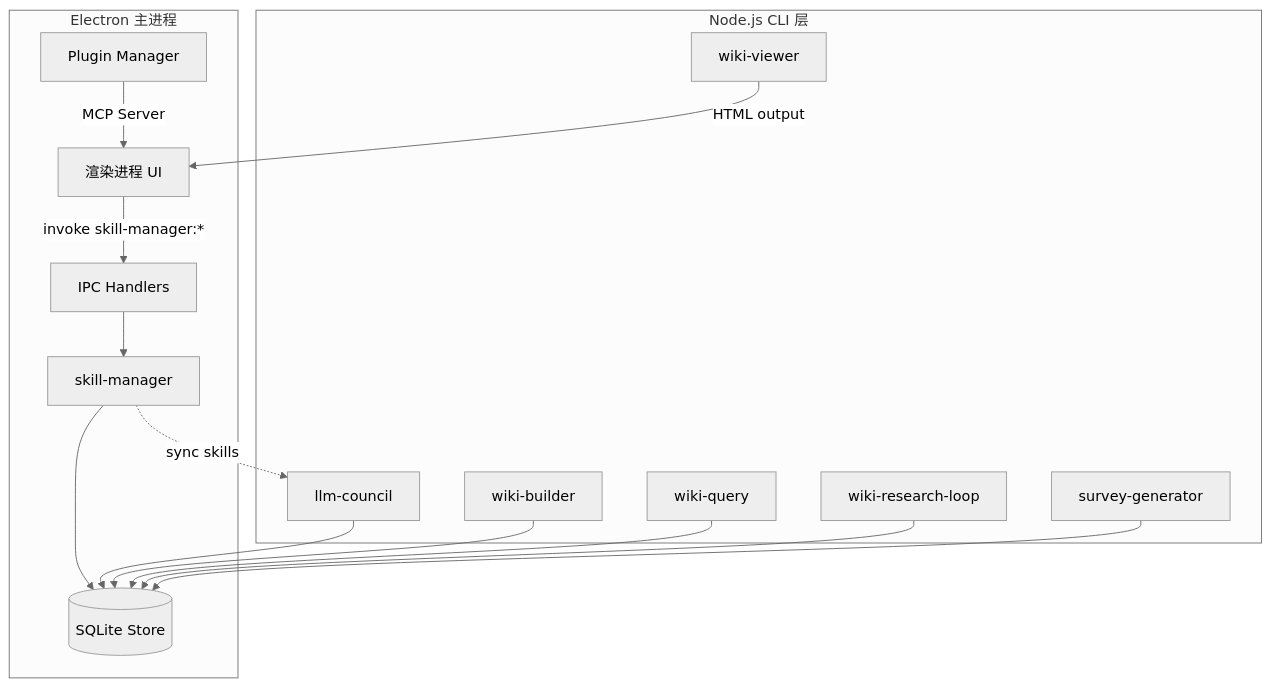
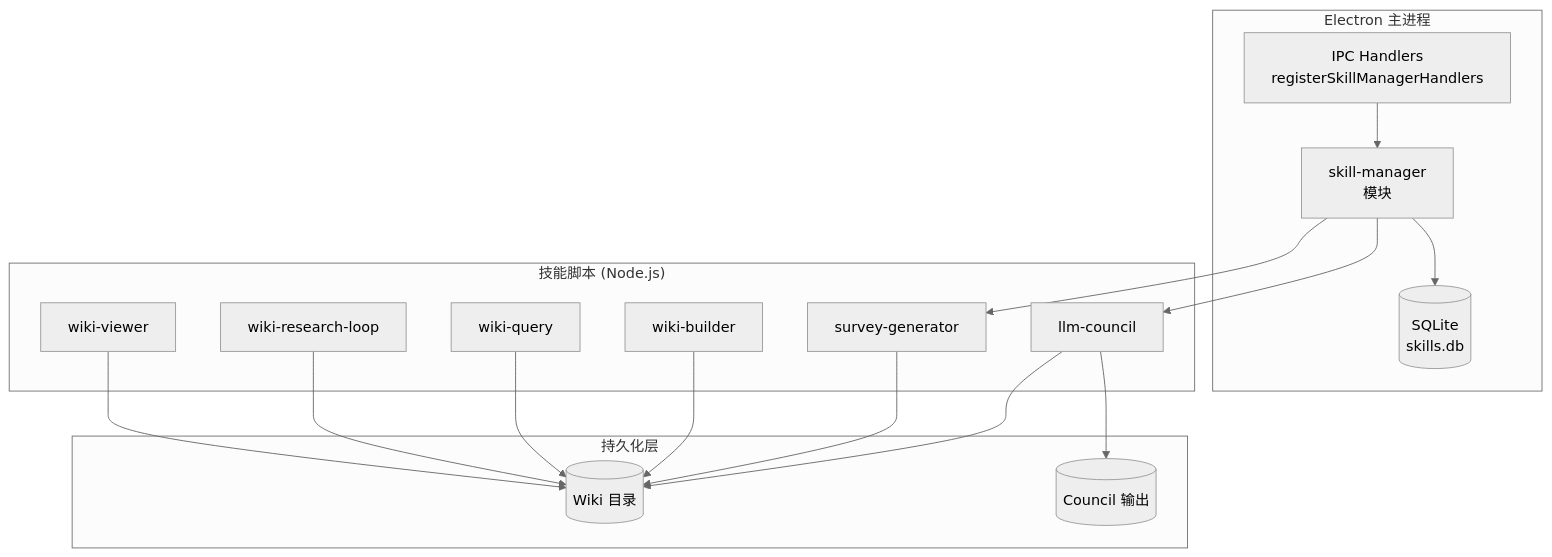
One commit to lst016/tech-cc-hub changed the fourth of 4 diagrams in .tech/repowiki/zh/content/核心模块规格/技能与插件系统总览.md. Above: the diagram before and after it, drawn with Mermaid (neutral theme). The commit also changed other lines of this file and 176 other files, not shown here.

````diff
--- a/.tech/repowiki/zh/content/核心模块规格/技能与插件系统总览.md
+++ b/.tech/repowiki/zh/content/核心模块规格/技能与插件系统总览.md
@@ -58,33 +302,34 @@
 ```mermaid
 flowchart TB
-    subgraph Electron["Electron 主进程"]
-        RM["渲染进程 UI"]
-        SM["skill-manager"]
-        IPC["IPC Handlers"]
-        PLUGIN["Plugin Manager"]
-        STORE[(SQLite Store)]
+    subgraph Electron_Main["Electron 主进程"]
+        SM[skill-manager<br/>模块]
+        IPC[IPC Handlers<br/>registerSkillManagerHandlers]
+        DB[(SQLite<br/>skills.db)]
     end
-    
-    subgraph CLI["Node.js CLI 层"]
-        COUNCIL["llm-council"]
-        WIKI_CLI["wiki-builder"]
-        QUERY["wiki-query"]
-        RESEARCH["wiki-research-loop"]
-        SURVEY["survey-generator"]
-        VIEWER["wiki-viewer"]
+
+    subgraph Skill_Scripts["技能脚本 (Node.js)"]
+        CL[llm-council]
+        SG[survey-generator]
+        WB[wiki-builder]
+        WQ[wiki-query]
+        RL[wiki-research-loop]
+        WV[wiki-viewer]
     end
-    
-    RM -->|invoke skill-manager:*| IPC
+
+    subgraph Store["持久化层"]
+        WIKIS[(Wiki 目录)]
+        COUNCIL[(Council 输出)]
+    end
+
     IPC --> SM
-    SM --> STORE
-    
-    COUNCIL --> STORE
-    WIKI_CLI --> STORE
-    QUERY --> STORE
-    RESEARCH --> STORE
-    SURVEY --> STORE
-    VIEWER --> |HTML output| RM
-    
-    PLUGIN --> |MCP Server| RM
-    SM -.-> |sync skills| COUNCIL
+    SM --> DB
+    SM --> CL
+    SM --> SG
+    CL --> WIKIS
+    SG --> WIKIS
+    WB --> WIKIS
+    WQ --> WIKIS
+    RL --> WIKIS
+    WV --> WIKIS
+    CL --> COUNCIL
 ```
````
